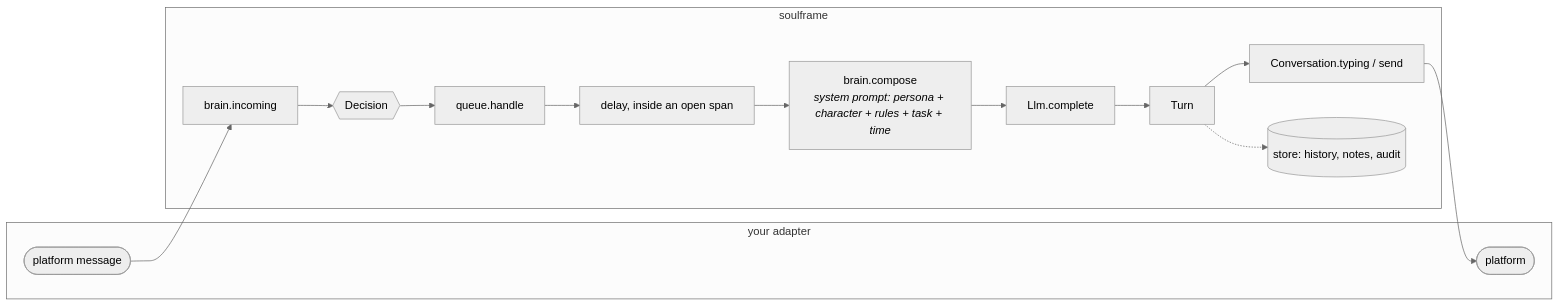
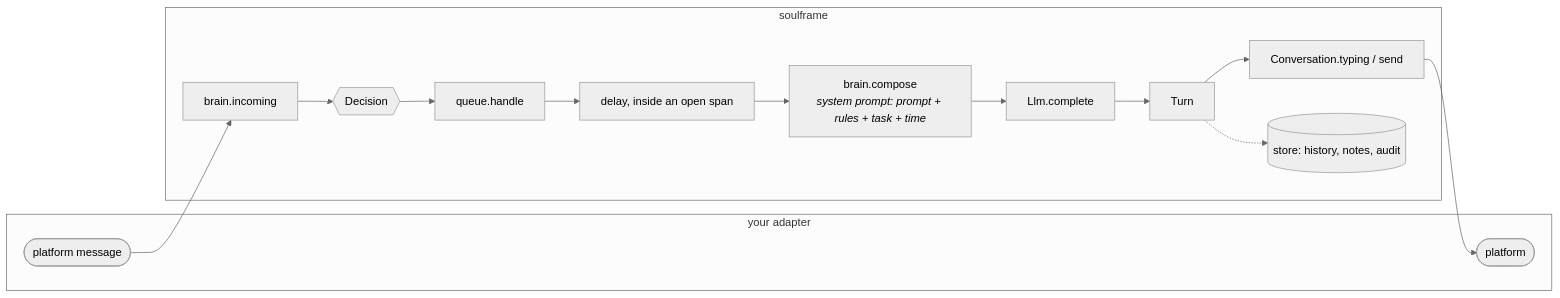
One commit to RubyDevil/soulframe changed the diagram in docs/concepts.md. Above: the diagram before and after it, drawn with Mermaid (neutral theme). The commit also changed other lines of this file and 38 other files, not shown here.

````diff
--- a/docs/concepts.md
+++ b/docs/concepts.md
@@ -7,19 +7,19 @@
 ```mermaid
 flowchart LR
     subgraph adapter["your adapter"]
         in(["platform message"])
         out(["platform"])
     end
     subgraph sf["soulframe"]
         incoming["brain.incoming"] --> decision{{"Decision"}}
         decision --> handle["queue.handle"]
         handle --> wait["delay, inside an open span"]
-        wait --> compose["brain.compose<br/><i>system prompt: persona + character + rules + task + time</i>"]
+        wait --> compose["brain.compose<br/><i>system prompt: prompt + rules + task + time</i>"]
         compose --> complete["Llm.complete"]
         complete --> turn["Turn"]
         turn --> send["Conversation.typing / send"]
         turn -.-> store[("store: history, notes, audit")]
     end
     in --> incoming
     send --> out
 ```
````
